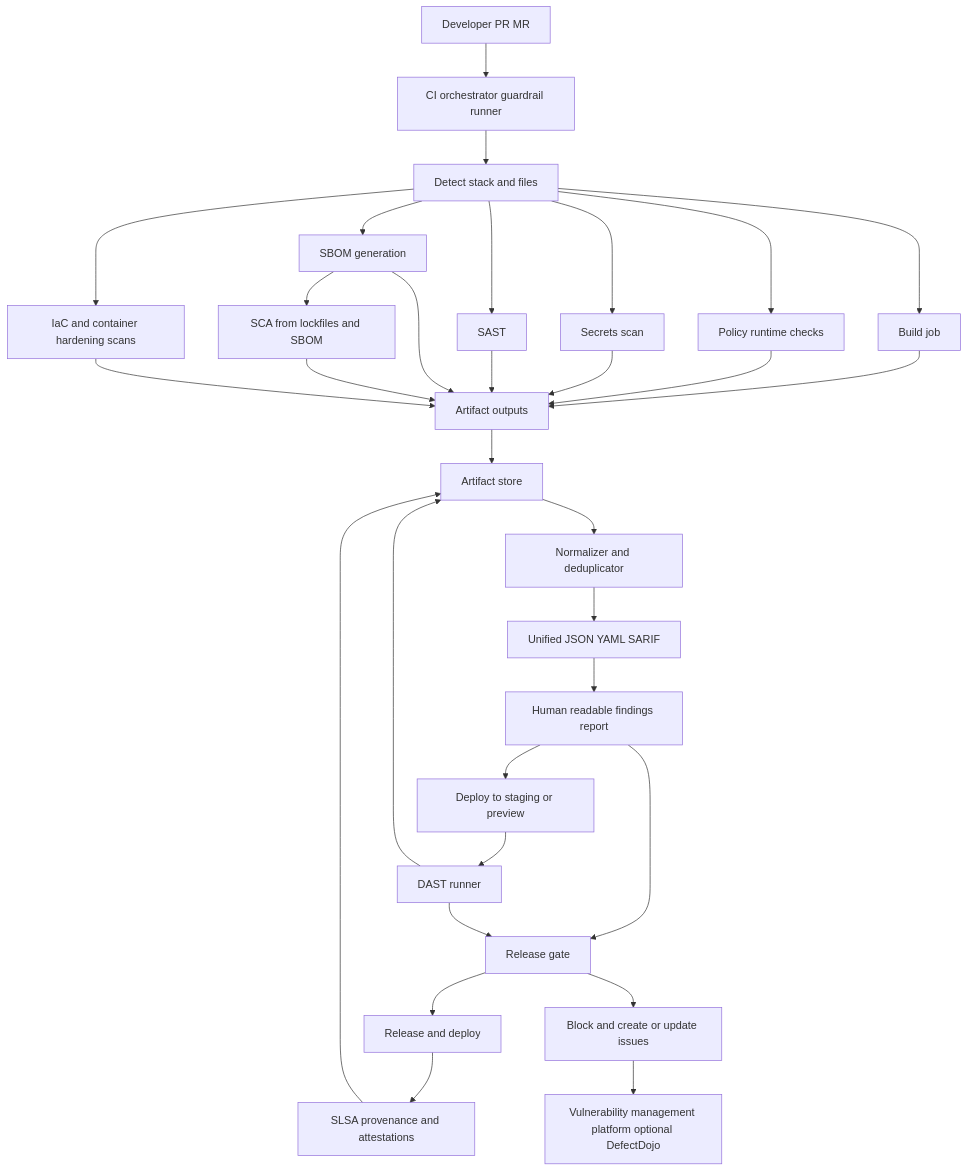
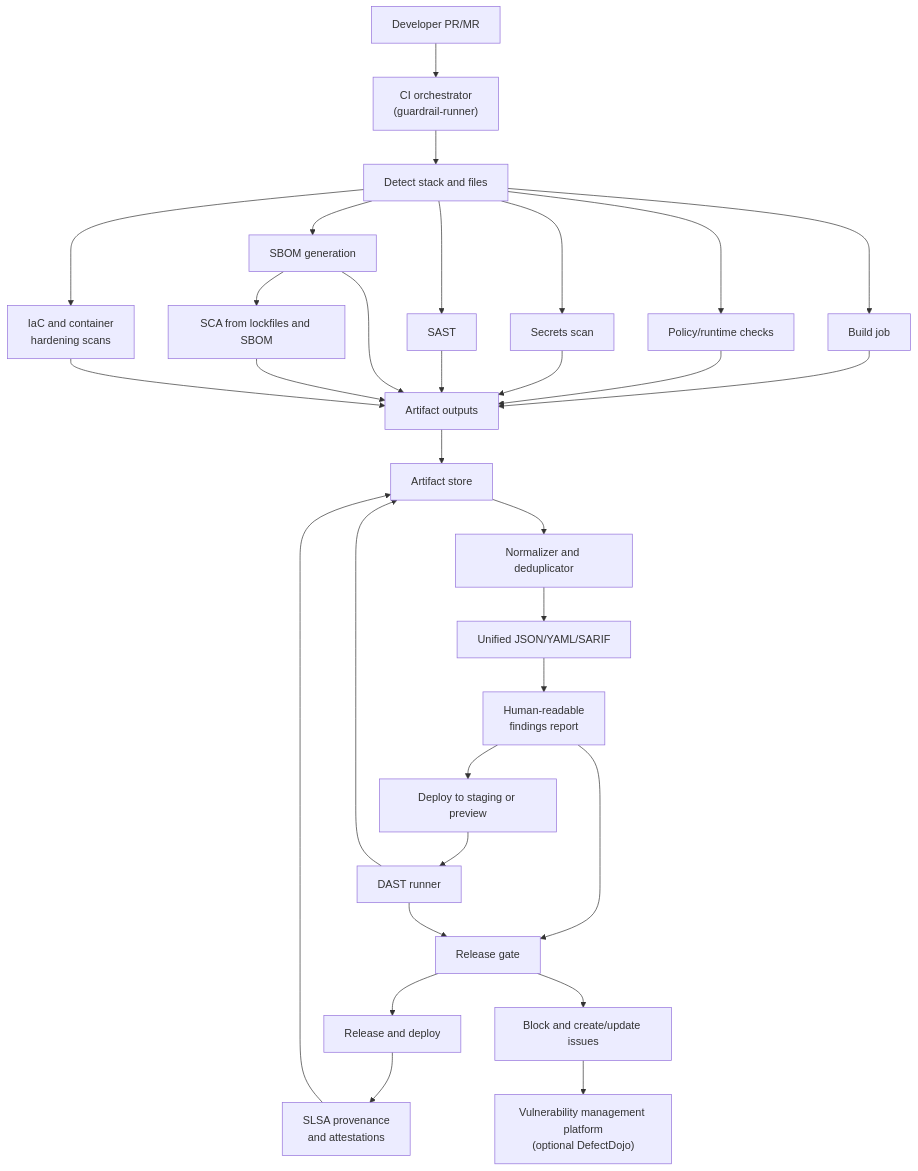
The diagram in security_agent_plan.md (GeorgeSavlovschi/SecurityConsultingProject), drawn with Mermaid before and after one commit. The commit also changed other lines of this file and 5 other files, not shown here.

````diff
--- a/security_agent_plan.md
+++ b/security_agent_plan.md
@@ -87,39 +91,39 @@
 ```mermaid
 flowchart TD
-  A[Developer PR MR] --> B[CI orchestrator guardrail runner]
-  B --> C[Detect stack and files]
+  A["Developer PR/MR"] --> B["CI orchestrator<br/>(guardrail-runner)"]
+  B --> C["Detect stack and files"]
 
-  C --> D[Build job]
-  C --> E[Policy runtime checks]
-  C --> F[Secrets scan]
-  C --> G[SAST]
-  C --> H[SBOM generation]
-  H --> I[SCA from lockfiles and SBOM]
-  C --> J[IaC and container hardening scans]
+  C --> D["Build job"]
+  C --> E["Policy/runtime checks"]
+  C --> F["Secrets scan"]
+  C --> G["SAST"]
+  C --> H["SBOM generation"]
+  H --> I["SCA from lockfiles and SBOM"]
+  C --> J["IaC and container<br/>hardening scans"]
 
-  D --> K[Artifact outputs]
+  D --> K["Artifact outputs"]
   E --> K
   F --> K
   G --> K
   H --> K
   I --> K
   J --> K
 
-  K --> L[Artifact store]
-  L --> M[Normalizer and deduplicator]
-  M --> N[Unified JSON YAML SARIF]
-  N --> O[Human readable findings report]
+  K --> L["Artifact store"]
+  L --> M["Normalizer and deduplicator"]
+  M --> N["Unified JSON/YAML/SARIF"]
+  N --> O["Human-readable<br/>findings report"]
 
-  O --> P[Deploy to staging or preview]
-  P --> Q[DAST runner]
+  O --> P["Deploy to staging or preview"]
+  P --> Q["DAST runner"]
   Q --> L
 
-  O --> R[Release gate]
+  O --> R["Release gate"]
   Q --> R
-  R --> S[Release and deploy]
-  R --> T[Block and create or update issues]
+  R --> S["Release and deploy"]
+  R --> T["Block and create/update issues"]
 
-  S --> U[SLSA provenance and attestations]
+  S --> U["SLSA provenance<br/>and attestations"]
   U --> L
-  T --> V[Vulnerability management platform optional DefectDojo]
+  T --> V["Vulnerability management platform<br/>(optional DefectDojo)"]
 ```
````
